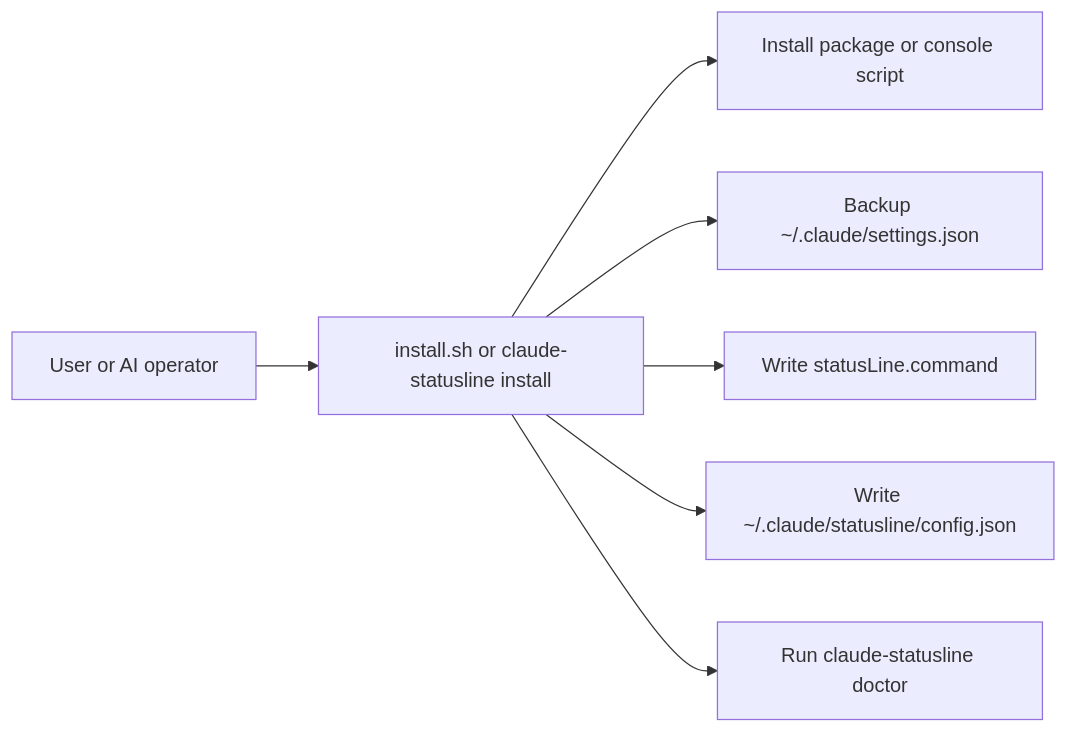
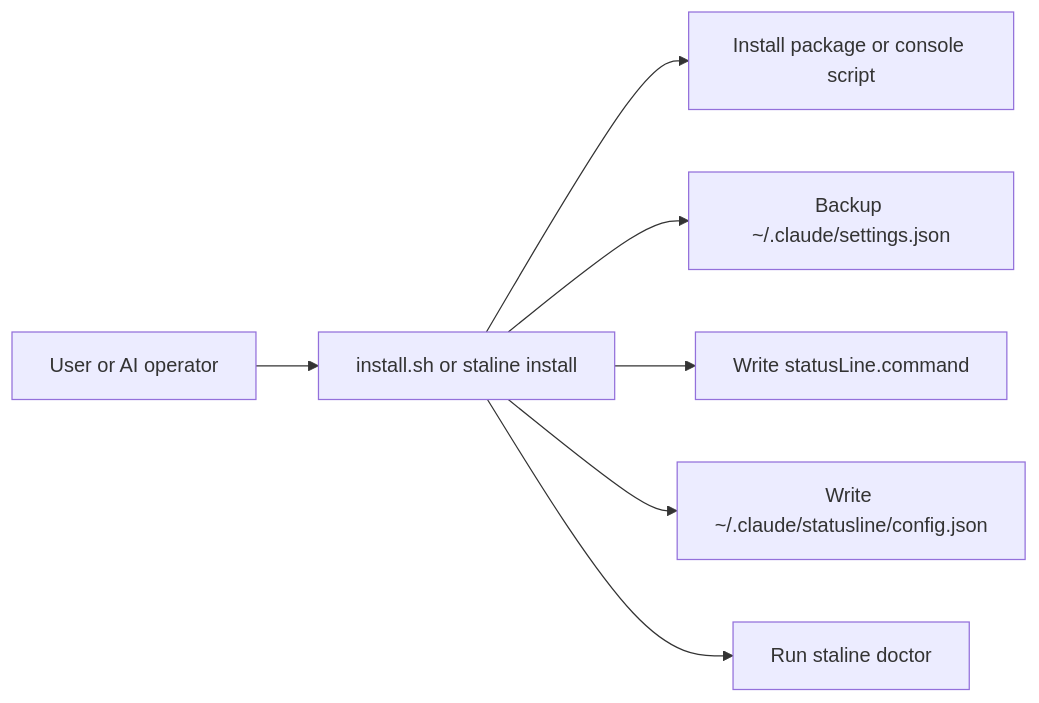
Before and after one commit to yang1996202-cpu/claude-statusline: the first of 2 diagrams in docs/ARCHITECTURE.md, drawn with Mermaid. The commit also changed other lines of this file and 5 other files, not shown here.

````diff
--- a/docs/ARCHITECTURE.md
+++ b/docs/ARCHITECTURE.md
@@ -18,9 +18,9 @@
 ```mermaid
 flowchart LR
-	U[User or AI operator] --> I[install.sh or claude-statusline install]
+	U[User or AI operator] --> I[install.sh or staline install]
 	I --> P[Install package or console script]
 	I --> B[Backup ~/.claude/settings.json]
 	I --> W[Write statusLine.command]
 	I --> C[Write ~/.claude/statusline/config.json]
-	I --> D[Run claude-statusline doctor]
+	I --> D[Run staline doctor]
 ```
````
